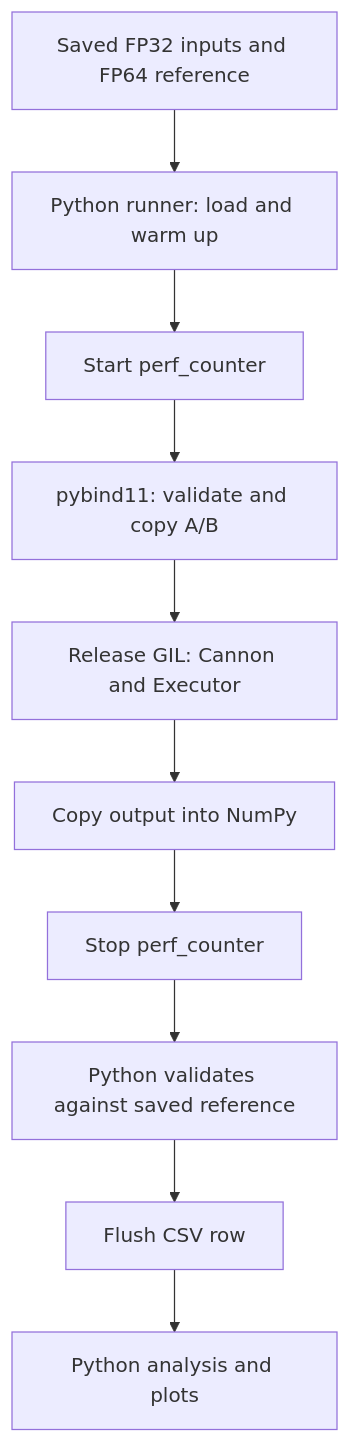
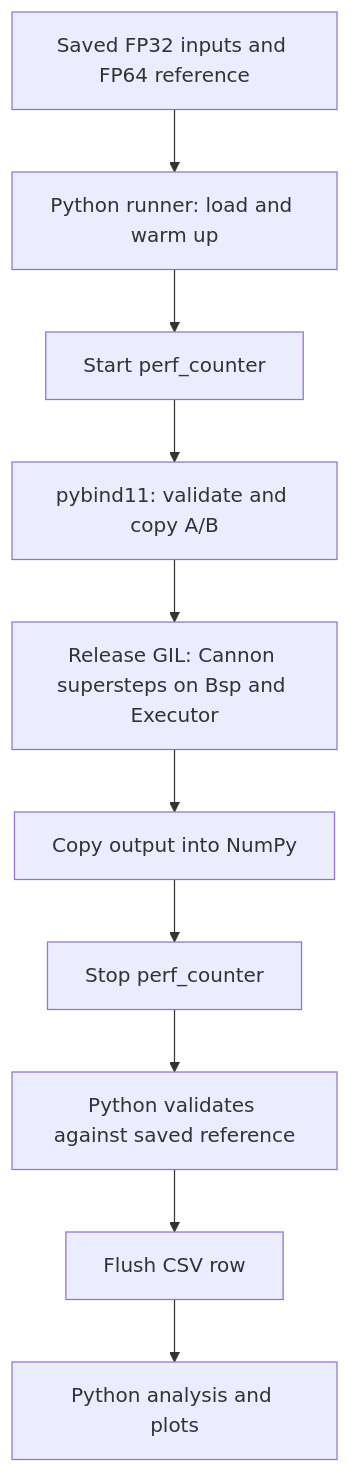
One commit to ceg5206-g7/dmm_doc changed the diagram in docs/design.md. Above: the diagram before and after it, drawn with Mermaid. The commit also changed other lines of this file and 11 other files, not shown here.

````diff
--- a/docs/design.md
+++ b/docs/design.md
@@ -23,11 +25,11 @@
 ```mermaid
 flowchart TD
     accTitle: Benchmark data flow
     accDescr: Python loads saved arrays, performs warmup and timed calls into C++, then validates results and writes records for analysis.
     Dataset["Saved FP32 inputs and FP64 reference"] --> Python["Python runner: load and warm up"]
     Python --> Timer["Start perf_counter"] --> Binding["pybind11: validate and copy A/B"]
-    Binding --> Native["Release GIL: Cannon and Executor"]
+    Binding --> Native["Release GIL: Cannon supersteps on Bsp and Executor"]
     Native --> Result["Copy output into NumPy"] --> Stop["Stop perf_counter"]
     Stop --> Check["Python validates against saved reference"]
     Check --> CSV["Flush CSV row"] --> Analysis["Python analysis and plots"]
 ```
````
